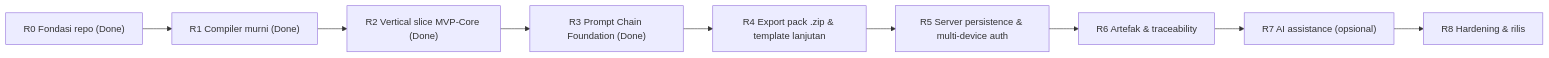
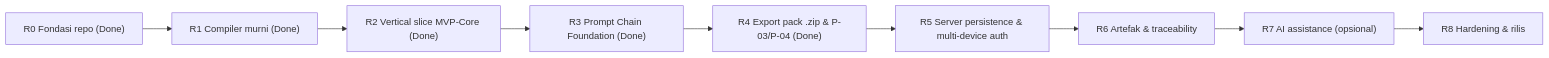
Before and after one commit to Ahmatstia/forma: the diagram in docs/architecture/IMPLEMENTATION_ROADMAP.md, drawn with Mermaid. The commit also changed other lines of this file and 21 other files, not shown here.

````diff
--- a/docs/architecture/IMPLEMENTATION_ROADMAP.md
+++ b/docs/architecture/IMPLEMENTATION_ROADMAP.md
@@ -13,11 +13,11 @@
 ```mermaid
 flowchart LR
   R0["R0 Fondasi repo (Done)"] --> R1["R1 Compiler murni (Done)"]
   R1 --> R2["R2 Vertical slice MVP-Core (Done)"]
   R2 --> R3["R3 Prompt Chain Foundation (Done)"]
-  R3 --> R4["R4 Export pack .zip & template lanjutan"]
+  R3 --> R4["R4 Export pack .zip & P-03/P-04 (Done)"]
   R4 --> R5["R5 Server persistence & multi-device auth"]
   R5 --> R6["R6 Artefak & traceability"]
   R6 --> R7["R7 AI assistance (opsional)"]
   R7 --> R8["R8 Hardening & rilis"]
 ```
````
